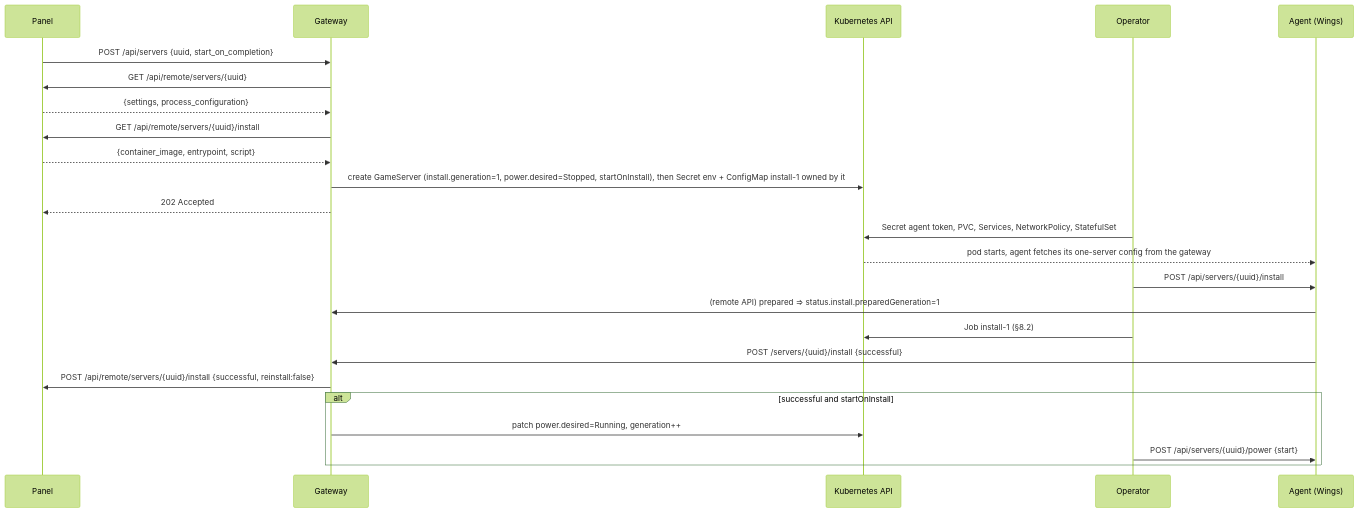
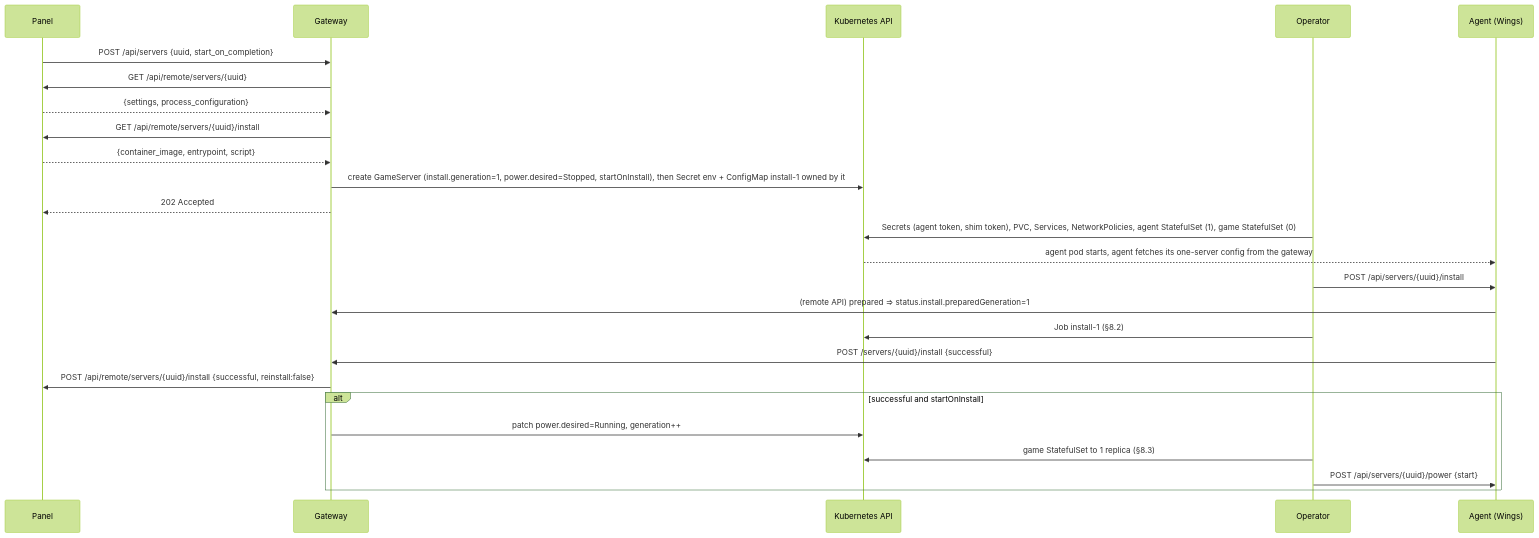
Before and after one commit to Claiyc/pelican-k8s: the fourth of 5 diagrams in ARCHITECTURE.md, drawn with Mermaid (forest theme). The commit also changed other lines of this file, not shown here.

Commit message:
docs: describe flows, networking, storage and security for split pods

````diff
--- a/ARCHITECTURE.md
+++ b/ARCHITECTURE.md
@@ -1050,26 +1050,27 @@
 ```mermaid
 sequenceDiagram
   participant P as Panel
   participant G as Gateway
   participant K as Kubernetes API
   participant O as Operator
   participant A as Agent (Wings)
   P->>G: POST /api/servers {uuid, start_on_completion}
   G->>P: GET /api/remote/servers/{uuid}
   P-->>G: {settings, process_configuration}
   G->>P: GET /api/remote/servers/{uuid}/install
   P-->>G: {container_image, entrypoint, script}
   G->>K: create GameServer (install.generation=1, power.desired=Stopped, startOnInstall), then Secret env + ConfigMap install-1 owned by it
   G-->>P: 202 Accepted
-  O->>K: Secret agent token, PVC, Services, NetworkPolicy, StatefulSet
-  K-->>A: pod starts, agent fetches its one-server config from the gateway
+  O->>K: Secrets (agent token, shim token), PVC, Services, NetworkPolicies, agent StatefulSet (1), game StatefulSet (0)
+  K-->>A: agent pod starts, agent fetches its one-server config from the gateway
   O->>A: POST /api/servers/{uuid}/install
   A->>G: (remote API) prepared ⇒ status.install.preparedGeneration=1
   O->>K: Job install-1 (§8.2)
   A->>G: POST /servers/{uuid}/install {successful}
   G->>P: POST /api/remote/servers/{uuid}/install {successful, reinstall:false}
   alt successful and startOnInstall
     G->>K: patch power.desired=Running, generation++
+    O->>K: game StatefulSet to 1 replica (§8.3)
     O->>A: POST /api/servers/{uuid}/power {start}
   end
 ```
````
